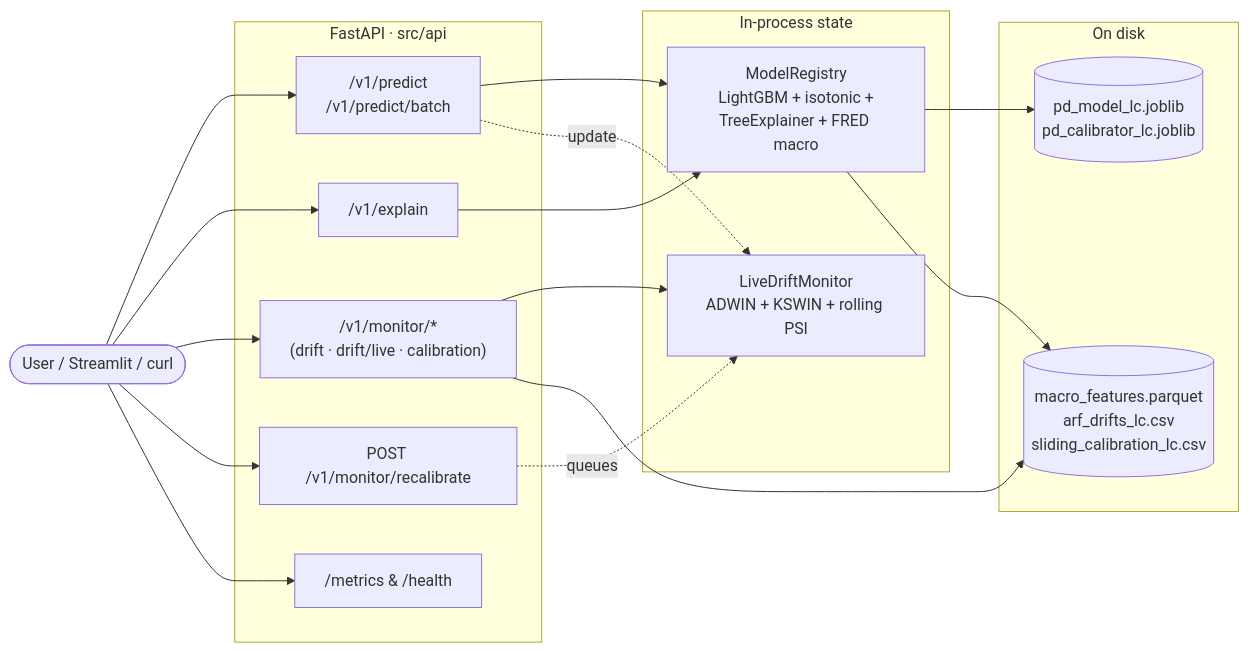
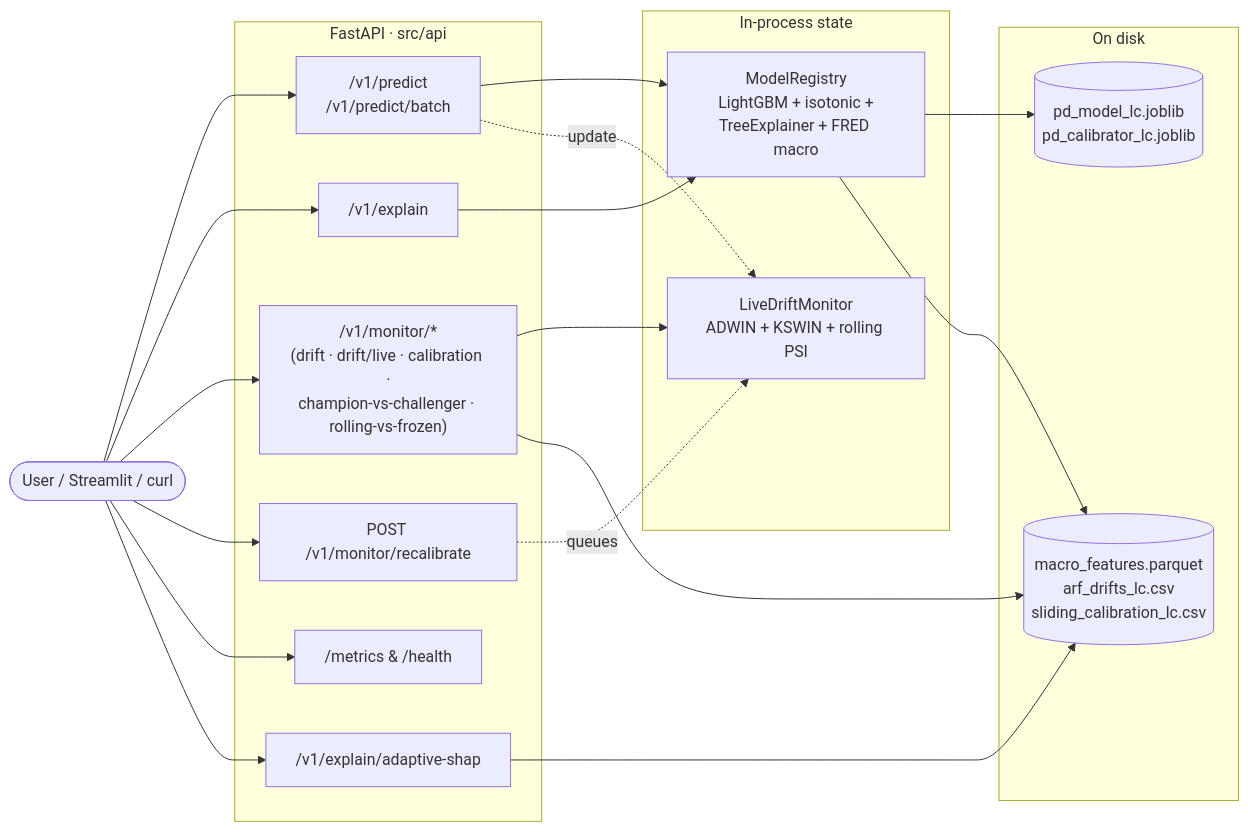
The diagram in README.md (Caio-Fis/credit-risk-portfolio), drawn with Mermaid before and after one commit. The commit also changed other lines of this file and 1 other file, not shown here.

First line of the commit message:
docs: link /monitor + /insights and the 3 new endpoints

````diff
--- a/README.md
+++ b/README.md
@@ -259,26 +267,28 @@
 ```mermaid
 flowchart LR
     User([User / Streamlit / curl])
     subgraph FastAPI [FastAPI · src/api]
         Pred["/v1/predict<br>/v1/predict/batch"]
         Exp["/v1/explain"]
-        Mon["/v1/monitor/*<br>(drift · drift/live · calibration)"]
+        Mon["/v1/monitor/*<br>(drift · drift/live · calibration ·<br>champion-vs-challenger · rolling-vs-frozen)"]
+        AdaptExp["/v1/explain/adaptive-shap"]
         Recal["POST /v1/monitor/recalibrate"]
         Metrics["/metrics &amp; /health"]
     end
     subgraph State [In-process state]
         Reg[ModelRegistry<br>LightGBM + isotonic +<br>TreeExplainer + FRED macro]
         Live[LiveDriftMonitor<br>ADWIN + KSWIN + rolling PSI]
     end
     subgraph Artefacts [On disk]
         Joblib[(pd_model_lc.joblib<br>pd_calibrator_lc.joblib)]
         Parquet[(macro_features.parquet<br>arf_drifts_lc.csv<br>sliding_calibration_lc.csv)]
     end
-    User --> Pred & Exp & Mon & Recal & Metrics
+    User --> Pred & Exp & Mon & Recal & Metrics & AdaptExp
     Pred --> Reg
     Pred -. update .-> Live
     Exp --> Reg
+    AdaptExp --> Parquet
     Mon --> Live & Parquet
     Recal -. queues .-> Live
     Reg --> Joblib & Parquet
 ```
````
